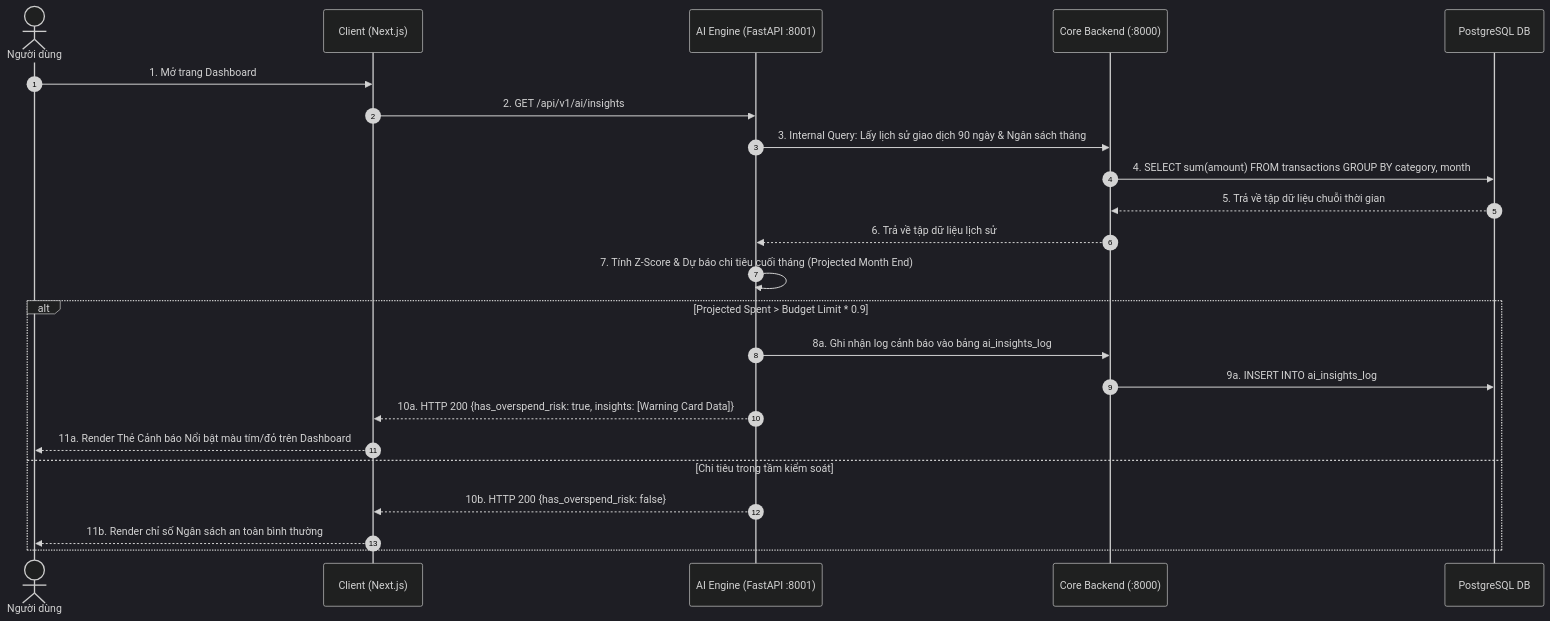
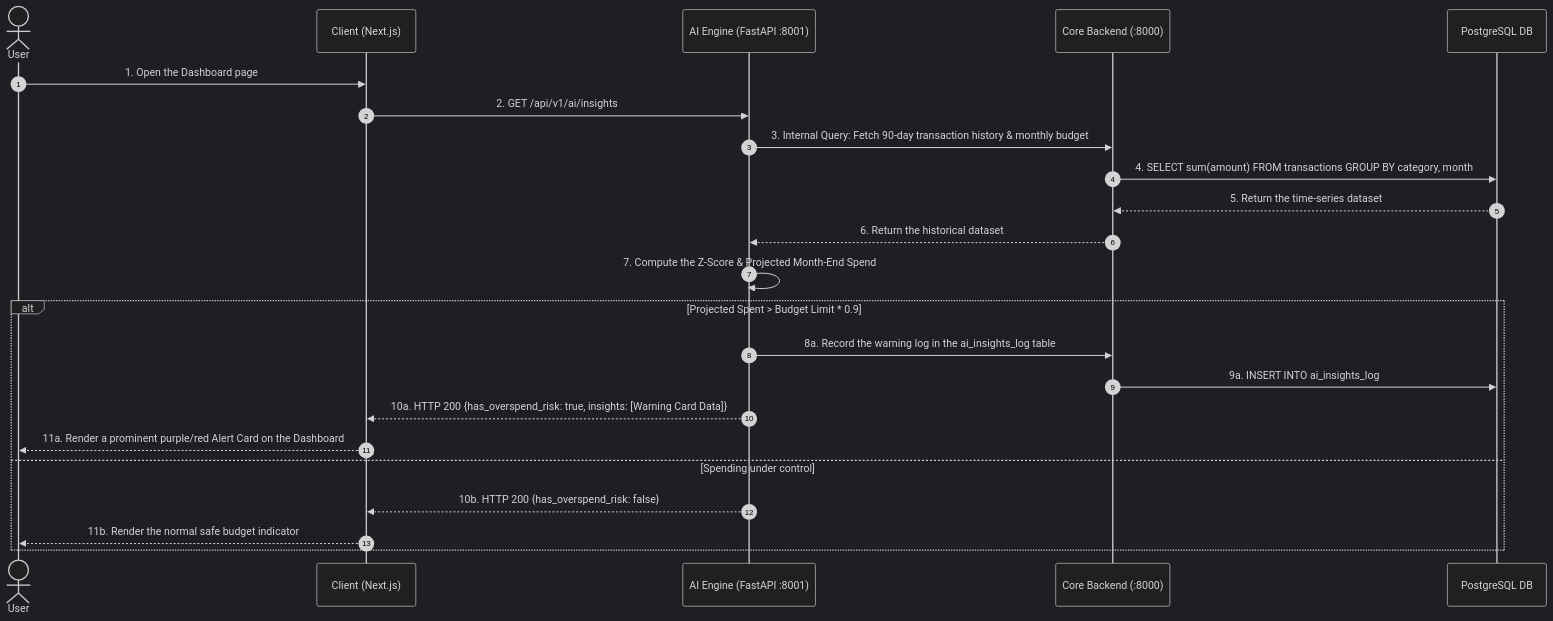
The fourth of 4 diagrams in docs/architecture/SEQUENCE_DIAGRAMS.md (pie-12/budgetly), drawn with Mermaid (dark theme) before and after one commit. The commit also changed other lines of this file and 10 other files, not shown here.

````diff
--- a/docs/architecture/SEQUENCE_DIAGRAMS.md
+++ b/docs/architecture/SEQUENCE_DIAGRAMS.md
@@ -118,28 +118,28 @@
 ```mermaid
 sequenceDiagram
     autonumber
-    actor User as Người dùng
+    actor User as User
     participant Client as Client (Next.js)
     participant AI as AI Engine (FastAPI :8001)
     participant Core as Core Backend (:8000)
     participant DB as PostgreSQL DB
 
-    User->>Client: 1. Mở trang Dashboard
+    User->>Client: 1. Open the Dashboard page
     Client->>AI: 2. GET /api/v1/ai/insights
-    AI->>Core: 3. Internal Query: Lấy lịch sử giao dịch 90 ngày & Ngân sách tháng
+    AI->>Core: 3. Internal Query: Fetch 90-day transaction history & monthly budget
     Core->>DB: 4. SELECT sum(amount) FROM transactions GROUP BY category, month
-    DB-->>Core: 5. Trả về tập dữ liệu chuỗi thời gian
-    Core-->>AI: 6. Trả về tập dữ liệu lịch sử
+    DB-->>Core: 5. Return the time-series dataset
+    Core-->>AI: 6. Return the historical dataset
     
-    AI->>AI: 7. Tính Z-Score & Dự báo chi tiêu cuối tháng (Projected Month End)
+    AI->>AI: 7. Compute the Z-Score & Projected Month-End Spend
     
     alt Projected Spent > Budget Limit * 0.9
-        AI->>Core: 8a. Ghi nhận log cảnh báo vào bảng ai_insights_log
+        AI->>Core: 8a. Record the warning log in the ai_insights_log table
         Core->>DB: 9a. INSERT INTO ai_insights_log
         AI-->>Client: 10a. HTTP 200 {has_overspend_risk: true, insights: [Warning Card Data]}
-        Client-->>User: 11a. Render Thẻ Cảnh báo Nổi bật màu tím/đỏ trên Dashboard
-    else Chi tiêu trong tầm kiểm soát
+        Client-->>User: 11a. Render a prominent purple/red Alert Card on the Dashboard
+    else Spending under control
         AI-->>Client: 10b. HTTP 200 {has_overspend_risk: false}
-        Client-->>User: 11b. Render chỉ số Ngân sách an toàn bình thường
+        Client-->>User: 11b. Render the normal safe budget indicator
     end
 ```
````
